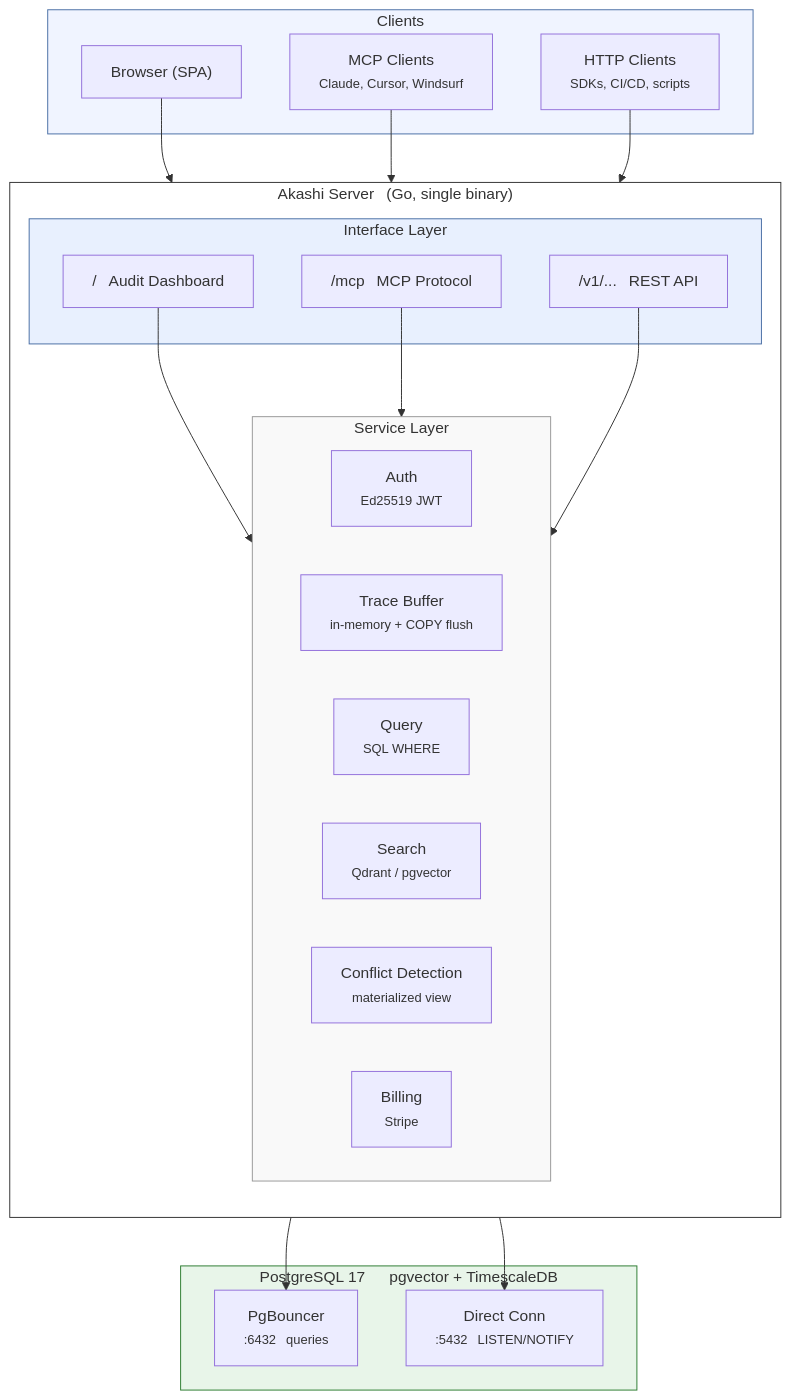
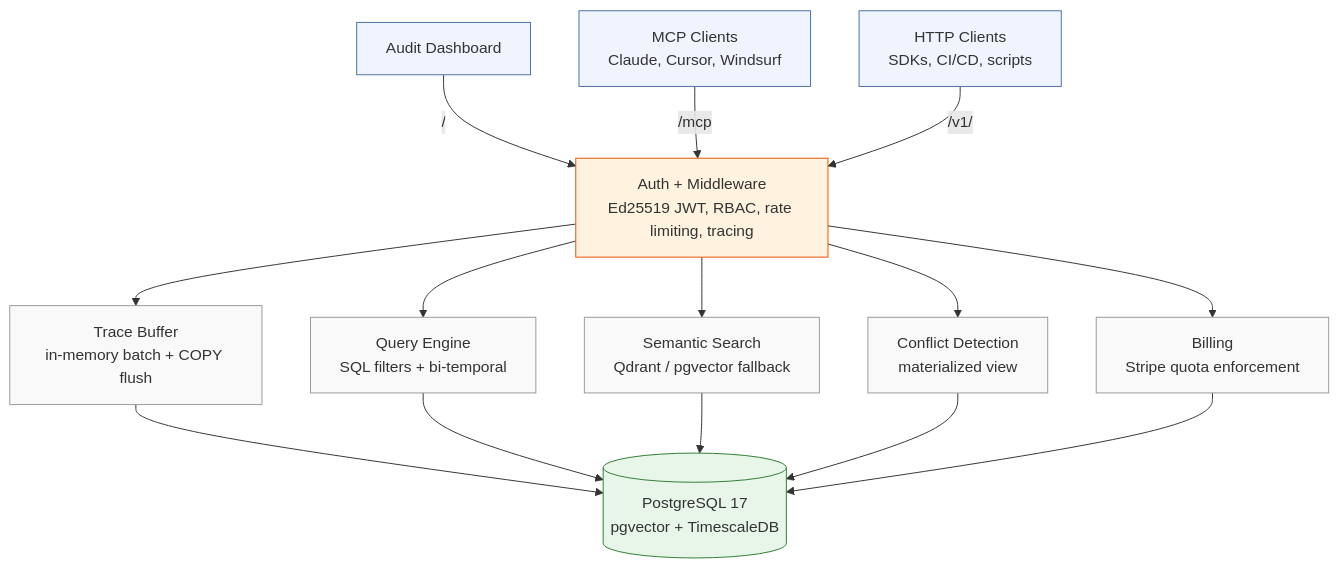
One commit to ashita-ai/akashi changed the diagram in README.md. Above: the diagram before and after it, drawn with Mermaid.

Commit message:
Fix README architecture diagram: flatten layout, clarify labels
Nested subgraphs caused text overlap in GitHub's Mermaid renderer.
Replaced with flat hourglass layout: 3 clients → auth middleware →
5 services → PostgreSQL. Renamed "SPA" to "Audit Dashboard". Color
coding matches docs/diagrams.md conventions.

````diff
--- a/README.md
+++ b/README.md
@@ -98,48 +98,33 @@
 ```mermaid
 flowchart TD
-    subgraph Clients
-        SPA["Browser (SPA)"]
-        MCP["MCP Clients<br/><small>Claude, Cursor, Windsurf</small>"]
-        HTTP["HTTP Clients<br/><small>SDKs, CI/CD, scripts</small>"]
-    end
+    C1["Audit Dashboard"] -->|"/"| AUTH
+    C2["MCP Clients<br/>Claude, Cursor, Windsurf"] -->|"/mcp"| AUTH
+    C3["HTTP Clients<br/>SDKs, CI/CD, scripts"] -->|"/v1/"| AUTH
 
-    subgraph Server["Akashi Server &ensp;(Go, single binary)"]
-        direction TB
-        subgraph Interfaces["Interface Layer"]
-            UI["/ &ensp;Audit Dashboard"]
-            MCPE["/mcp &ensp;MCP Protocol"]
-            API["/v1/... &ensp;REST API"]
-        end
+    AUTH["Auth + Middleware<br/>Ed25519 JWT, RBAC, rate limiting, tracing"]
 
-        subgraph Services["Service Layer"]
-            AUTH["Auth<br/><small>Ed25519 JWT</small>"]
-            TRACE["Trace Buffer<br/><small>in-memory + COPY flush</small>"]
-            QUERY["Query<br/><small>SQL WHERE</small>"]
-            SEARCH["Search<br/><small>Qdrant / pgvector</small>"]
-            CONFLICT["Conflict Detection<br/><small>materialized view</small>"]
-            BILLING["Billing<br/><small>Stripe</small>"]
-        end
-    end
+    AUTH --> TRACE["Trace Buffer<br/>in-memory batch + COPY flush"]
+    AUTH --> QUERY["Query Engine<br/>SQL filters + bi-temporal"]
+    AUTH --> SEARCH["Semantic Search<br/>Qdrant / pgvector fallback"]
+    AUTH --> CONFLICT["Conflict Detection<br/>materialized view"]
+    AUTH --> BILLING["Billing<br/>Stripe quota enforcement"]
 
-    subgraph Storage["PostgreSQL 17 &ensp;&ensp; pgvector + TimescaleDB"]
-        PGB["PgBouncer<br/><small>:6432 &ensp;queries</small>"]
-        DIRECT["Direct Conn<br/><small>:5432 &ensp;LISTEN/NOTIFY</small>"]
-    end
+    TRACE --> PG
+    QUERY --> PG
+    SEARCH --> PG
+    CONFLICT --> PG
+    BILLING --> PG
 
-    SPA --> UI
-    MCP --> MCPE
-    HTTP --> API
+    PG[("PostgreSQL 17<br/>pgvector + TimescaleDB")]
 
-    UI --> Services
-    MCPE --> Services
-    API --> Services
-
-    Services --> PGB
-    Services --> DIRECT
-
-    style Clients fill:#f0f4ff,stroke:#4a6fa5
-    style Server fill:#fff,stroke:#333
-    style Interfaces fill:#e8f0fe,stroke:#4a6fa5
-    style Services fill:#f9f9f9,stroke:#999
-    style Storage fill:#e8f5e9,stroke:#2e7d32
+    style C1 fill:#f0f4ff,stroke:#4a6fa5
+    style C2 fill:#f0f4ff,stroke:#4a6fa5
+    style C3 fill:#f0f4ff,stroke:#4a6fa5
+    style AUTH fill:#fff3e0,stroke:#e65100
+    style TRACE fill:#f9f9f9,stroke:#999
+    style QUERY fill:#f9f9f9,stroke:#999
+    style SEARCH fill:#f9f9f9,stroke:#999
+    style CONFLICT fill:#f9f9f9,stroke:#999
+    style BILLING fill:#f9f9f9,stroke:#999
+    style PG fill:#e8f5e9,stroke:#2e7d32
 ```
````
